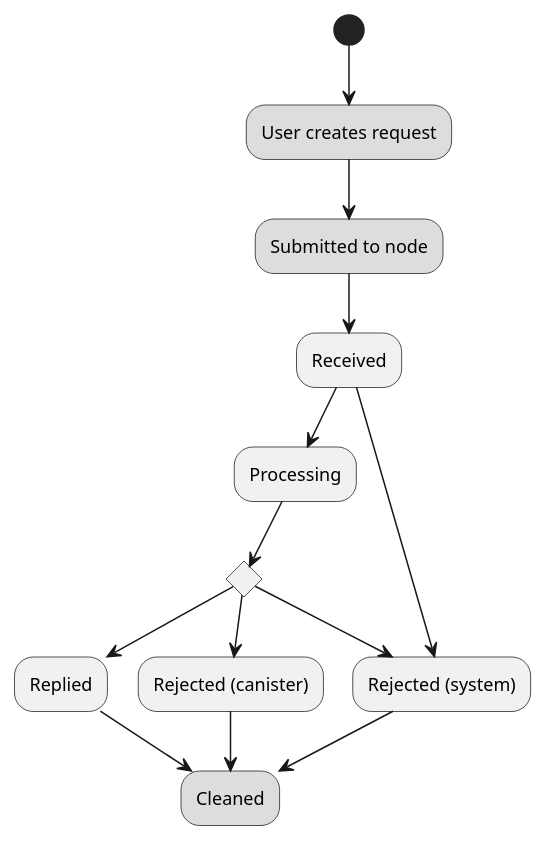
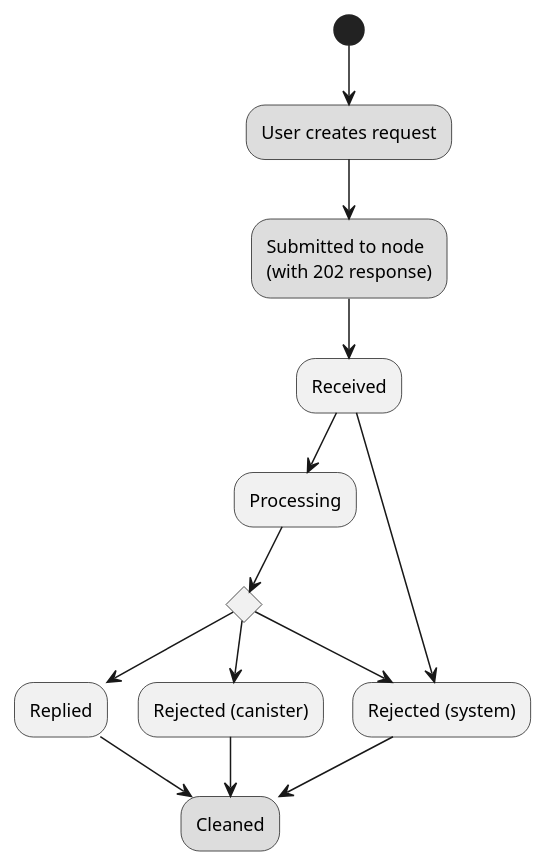
The second of 2 diagrams in spec/index.adoc (dfinity/interface-spec), drawn with PlantUML before and after one commit.

Commit message:
Spec: Clarify HTTPS state diagram
as suggested by @nikclayton-dfinity

```diff
--- a/spec/index.adoc
+++ b/spec/index.adoc
@@ -210,18 +210,18 @@
 [plantuml]
 ....
 (*) --> "User creates request" #DDDDDD
-   --> "Submitted to node" #DDDDDD
+   --> "Submitted to node\n(with 202 response)" #DDDDDD
    --> "Received"
    --> "Processing"
 if "" as X then
   --> "Replied"
   --> "Cleaned" #DDDDDD
   else
   --> "Rejected (canister)"
   --> "Cleaned" #DDDDDD
 
   "X"        --> "Rejected (system)"
   "Received" --> "Rejected (system)"
              --> "Cleaned" #DDDDDD
 endif
 ....
```
